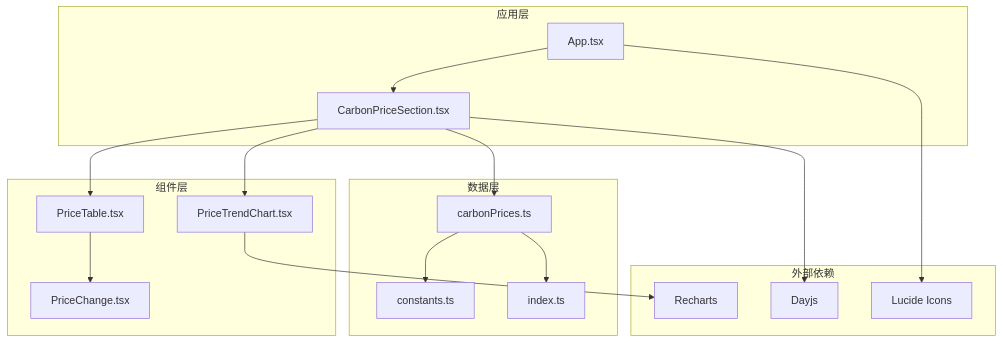
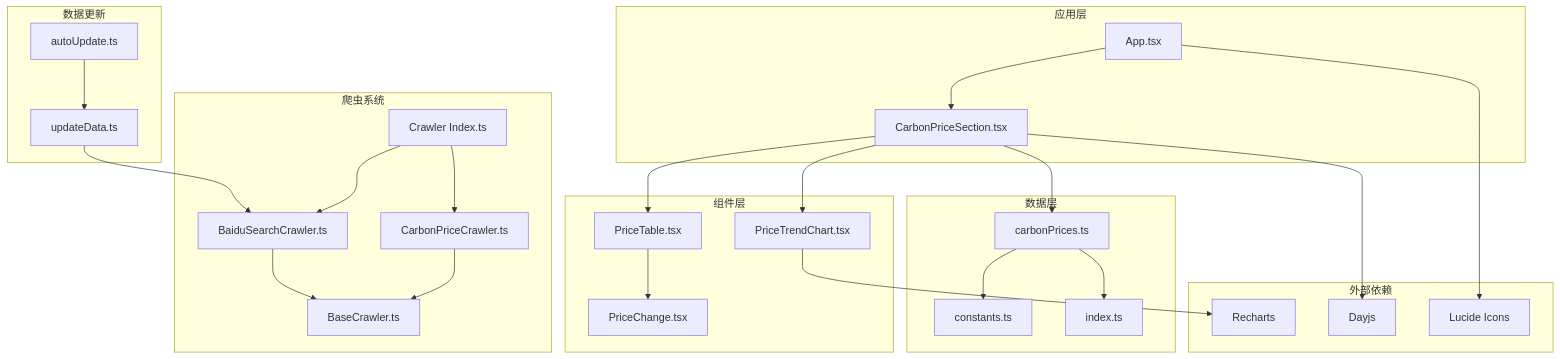
Before and after one commit to liangxuanliang-cmd/carbon-info-agent: the first of 15 diagrams in .qoder/repowiki/zh/content/功能模块/碳价格监控模块.md, drawn with Mermaid. The commit also changed other lines of this file and 6 other files, not shown here.

````diff
--- a/.qoder/repowiki/zh/content/功能模块/碳价格监控模块.md
+++ b/.qoder/repowiki/zh/content/功能模块/碳价格监控模块.md
@@ -38,32 +47,48 @@
 ```mermaid
 graph TB
 subgraph "应用层"
 App[App.tsx]
 CarbonPriceSection[CarbonPriceSection.tsx]
 end
 subgraph "数据层"
 carbonPrices[carbonPrices.ts]
 constants[constants.ts]
 types[index.ts]
 end
 subgraph "组件层"
 PriceTable[PriceTable.tsx]
 PriceTrendChart[PriceTrendChart.tsx]
 PriceChange[PriceChange.tsx]
 end
+subgraph "爬虫系统"
+BaiduSearchCrawler[BaiduSearchCrawler.ts]
+CarbonPriceCrawler[CarbonPriceCrawler.ts]
+BaseCrawler[BaseCrawler.ts]
+CrawlerIndex[Crawler Index.ts]
+end
+subgraph "数据更新"
+UpdateData[updateData.ts]
+AutoUpdate[autoUpdate.ts]
+end
 subgraph "外部依赖"
 Recharts[Recharts]
 Dayjs[Dayjs]
 Lucide[Lucide Icons]
 end
 App --> CarbonPriceSection
 CarbonPriceSection --> PriceTable
 CarbonPriceSection --> PriceTrendChart
 PriceTable --> PriceChange
 CarbonPriceSection --> carbonPrices
 carbonPrices --> constants
 carbonPrices --> types
 PriceTrendChart --> Recharts
 CarbonPriceSection --> Dayjs
 App --> Lucide
+CrawlerIndex --> BaiduSearchCrawler
+CrawlerIndex --> CarbonPriceCrawler
+BaiduSearchCrawler --> BaseCrawler
+CarbonPriceCrawler --> BaseCrawler
+UpdateData --> BaiduSearchCrawler
+AutoUpdate --> UpdateData
 ```
````
